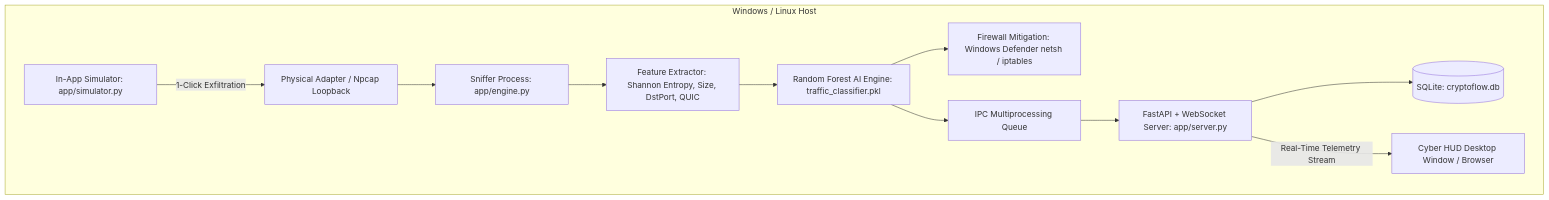
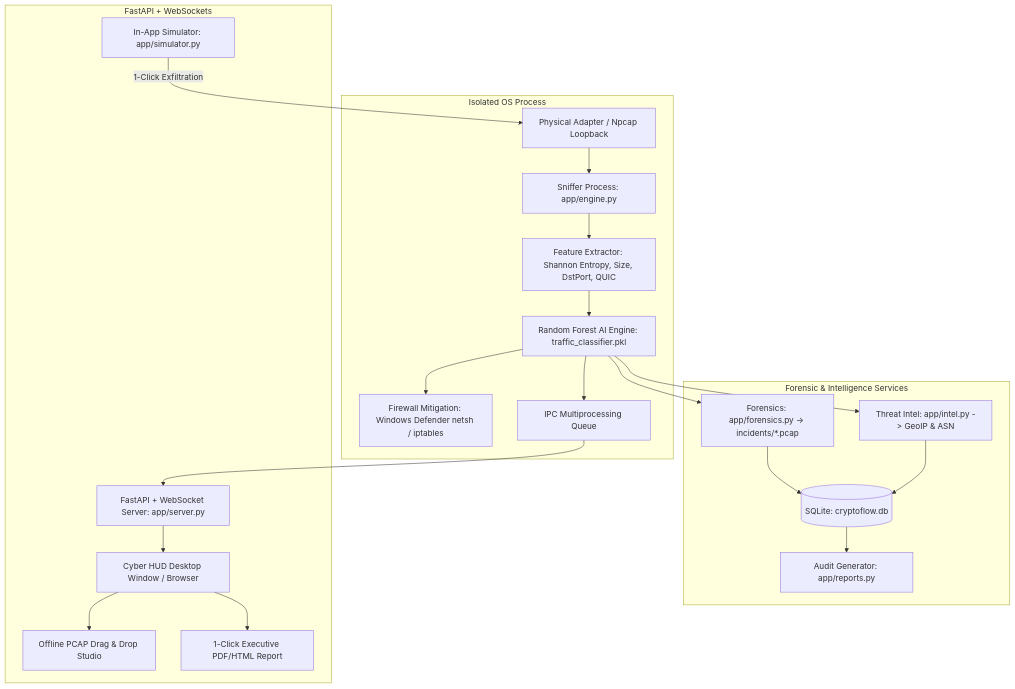
One commit to Santhosh939s/CryptoFlow-IDS changed the diagram in README.md. Above: the diagram before and after it, drawn with Mermaid. The commit also changed other lines of this file and 13 other files, not shown here.

Commit message:
feat(phase-3): add enterprise forensics, threat intel, automated incident PCAP dumping, executive audit reports, and offline PCAP studio

````diff
--- a/README.md
+++ b/README.md
@@ -49,16 +53,26 @@
 ```mermaid
 graph TD
-    subgraph Windows / Linux Host
+    subgraph Core Capture & AI Engine [Isolated OS Process]
         NIC[Physical Adapter / Npcap Loopback] --> SNIFF[Sniffer Process: app/engine.py]
         SNIFF --> FEAT[Feature Extractor: Shannon Entropy, Size, DstPort, QUIC]
         FEAT --> RF[Random Forest AI Engine: traffic_classifier.pkl]
         RF --> MIT[Firewall Mitigation: Windows Defender netsh / iptables]
         RF --> IPC[IPC Multiprocessing Queue]
+    end
 
+    subgraph Forensic & Intelligence Services
+        RF --> FOR[Forensics: app/forensics.py -> incidents/*.pcap]
+        RF --> INTEL[Threat Intel: app/intel.py -> GeoIP & ASN]
+        FOR --> DB[(SQLite: cryptoflow.db)]
+        INTEL --> DB
+        DB --> REP[Audit Generator: app/reports.py]
+    end
+
+    subgraph Cyber HUD GUI [FastAPI + WebSockets]
         IPC --> API[FastAPI + WebSocket Server: app/server.py]
-        API --> DB[(SQLite: cryptoflow.db)]
-        API -->|Real-Time Telemetry Stream| HUD[Cyber HUD Desktop Window / Browser]
-
+        API --> HUD[Cyber HUD Desktop Window / Browser]
+        HUD --> OFFLINE[Offline PCAP Drag & Drop Studio]
+        HUD --> REP_VIEW[1-Click Executive PDF/HTML Report]
         SIM[In-App Simulator: app/simulator.py] -->|1-Click Exfiltration| NIC
     end
 ```
````
